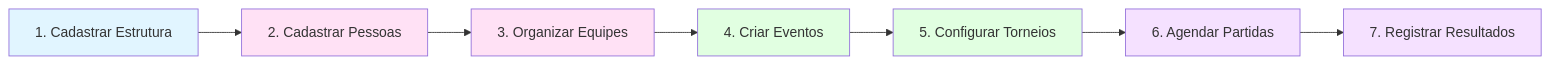
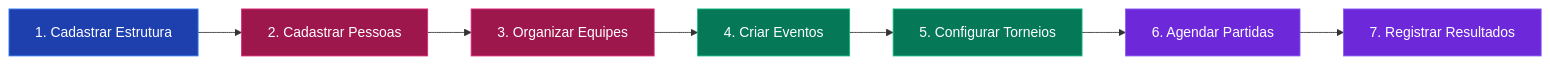
Before and after one commit to rgomide/gerenciador-torneio: the third of 3 diagrams in MANUAL_USUARIO_pt_br.md, drawn with Mermaid. The commit also changed other lines of this file, not shown here.

````diff
--- a/MANUAL_USUARIO_pt_br.md
+++ b/MANUAL_USUARIO_pt_br.md
@@ -452,17 +452,17 @@
 ```mermaid
 graph LR
     A[1. Cadastrar Estrutura] --> B[2. Cadastrar Pessoas]
     B --> C[3. Organizar Equipes]
     C --> D[4. Criar Eventos]
     D --> E[5. Configurar Torneios]
     E --> F[6. Agendar Partidas]
     F --> G[7. Registrar Resultados]
     
-    style A fill:#e1f5ff
-    style B fill:#ffe1f5
-    style C fill:#ffe1f5
-    style D fill:#e1ffe1
-    style E fill:#e1ffe1
-    style F fill:#f5e1ff
-    style G fill:#f5e1ff
+    style A fill:#1e40af,color:#fff,stroke:#3b82f6
+    style B fill:#9d174d,color:#fff,stroke:#db2777
+    style C fill:#9d174d,color:#fff,stroke:#db2777
+    style D fill:#047857,color:#fff,stroke:#10b981
+    style E fill:#047857,color:#fff,stroke:#10b981
+    style F fill:#6d28d9,color:#fff,stroke:#8b5cf6
+    style G fill:#6d28d9,color:#fff,stroke:#8b5cf6
 ```
````
